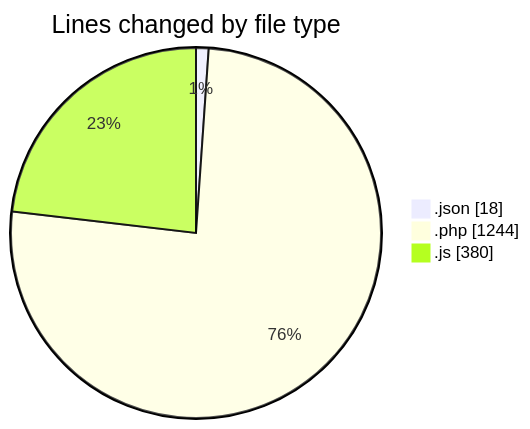
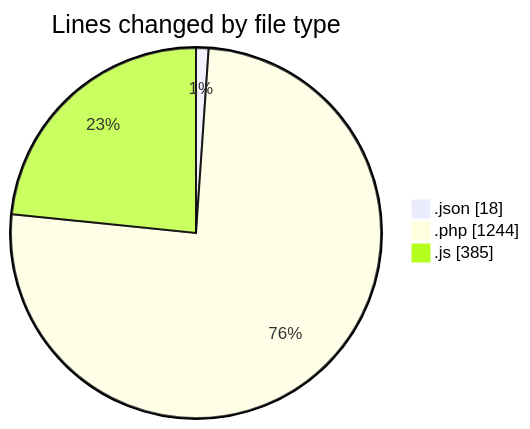
The first of 2 diagrams in 2025-09-26/untitled__workspace_/README.md (debugP/code-tracking), drawn with Mermaid before and after one commit. The commit also changed other lines of this file and 1 other file, not shown here.

````diff
--- a/2025-09-26/untitled__workspace_/README.md
+++ b/2025-09-26/untitled__workspace_/README.md
@@ -24,7 +24,7 @@
 ```mermaid
 pie showData
 title Lines changed by file type
 ".json" : 18
 ".php" : 1244
-".js" : 380
+".js" : 385
 ```
````
